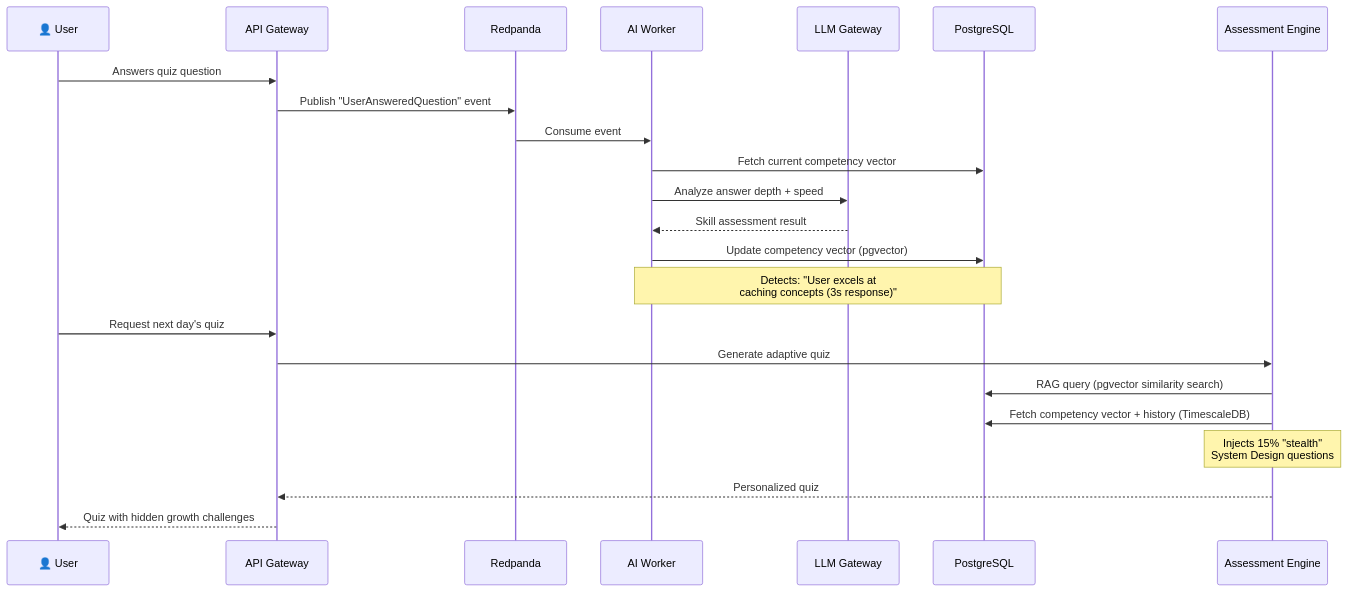
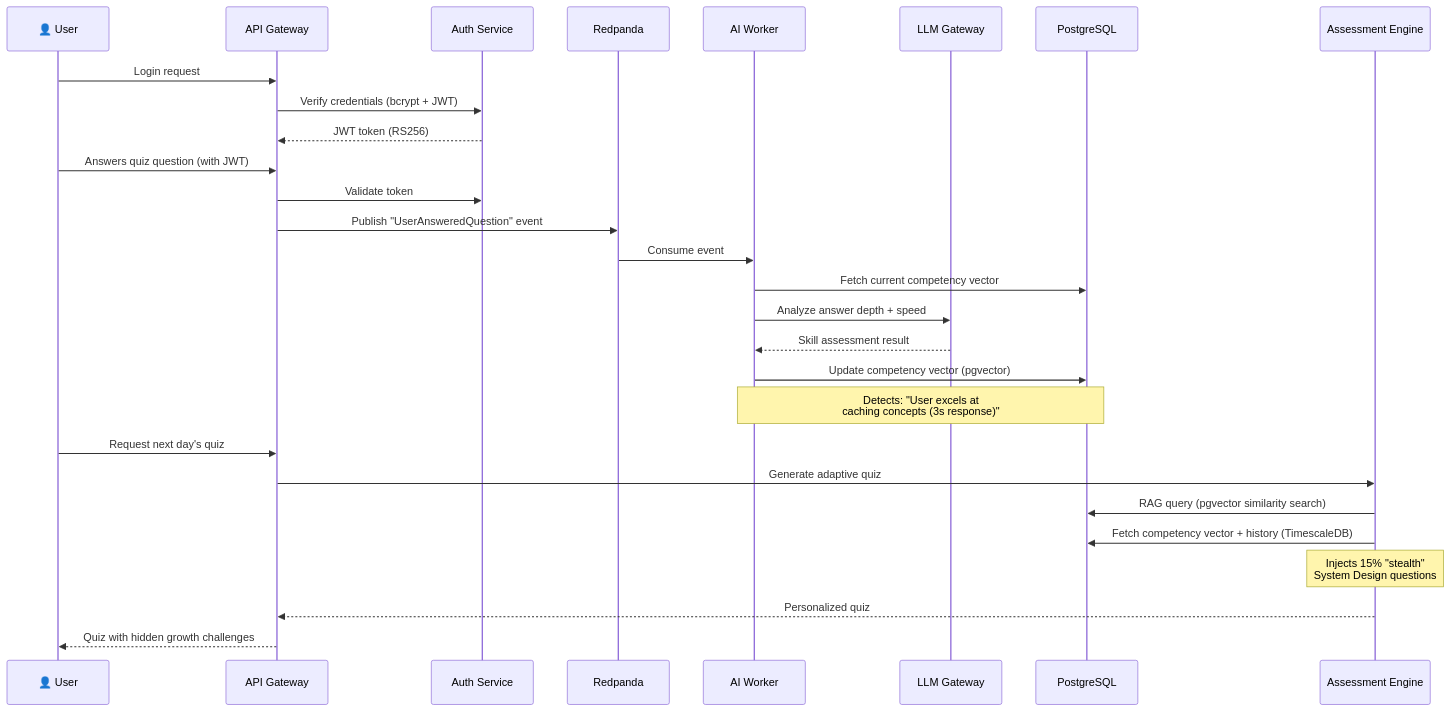
The second of 2 diagrams in README.md (Mohamed-DN/skillforge), drawn with Mermaid before and after one commit. The commit also changed other lines of this file and 17 other files, not shown here.

````diff
--- a/README.md
+++ b/README.md
@@ -112,30 +147,36 @@
 ```mermaid
 sequenceDiagram
     participant U as 👤 User
     participant API as API Gateway
+    participant AUTH as Auth Service
     participant RP as Redpanda
     participant AIW as AI Worker
     participant LLM as LLM Gateway
     participant DB as PostgreSQL
     participant AE as Assessment Engine
 
-    U->>API: Answers quiz question
+    U->>API: Login request
+    API->>AUTH: Verify credentials (bcrypt + JWT)
+    AUTH-->>API: JWT token (RS256)
+    
+    U->>API: Answers quiz question (with JWT)
+    API->>AUTH: Validate token
     API->>RP: Publish "UserAnsweredQuestion" event
     RP->>AIW: Consume event
     AIW->>DB: Fetch current competency vector
     AIW->>LLM: Analyze answer depth + speed
     LLM-->>AIW: Skill assessment result
     AIW->>DB: Update competency vector (pgvector)
     
     Note over AIW,DB: Detects: "User excels at<br/>caching concepts (3s response)"
     
     U->>API: Request next day's quiz
     API->>AE: Generate adaptive quiz
     AE->>DB: RAG query (pgvector similarity search)
     AE->>DB: Fetch competency vector + history (TimescaleDB)
     
     Note over AE: Injects 15% "stealth"<br/>System Design questions
     
     AE-->>API: Personalized quiz
     API-->>U: Quiz with hidden growth challenges
 ```
````
